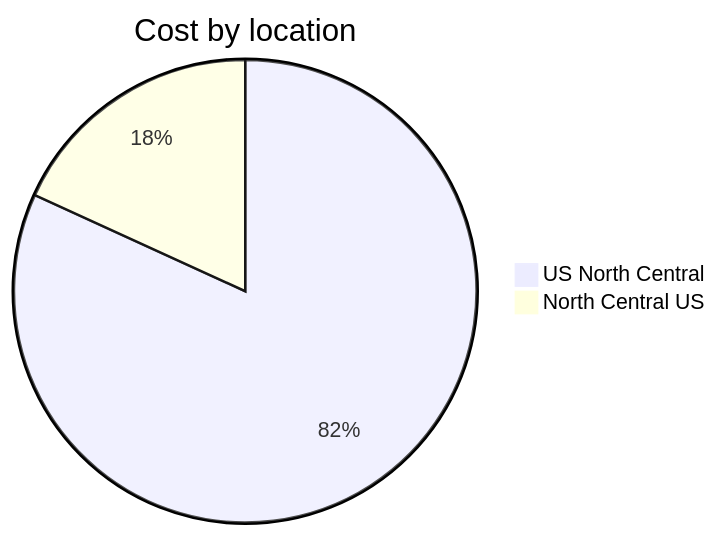
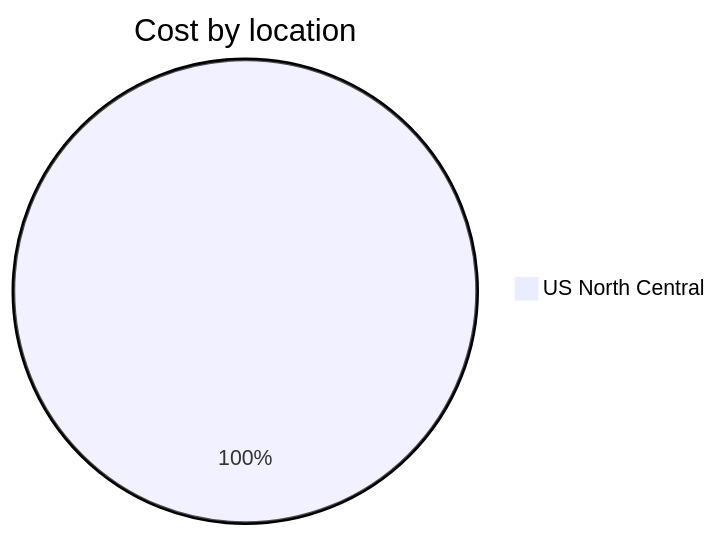
The third of 4 diagrams in cost-reports/personal-network/backup-server_OsDisk.md (jpfulton/azure-personal-reports), drawn with Mermaid before and after one commit. The commit also changed other lines of this file and 8 other files, not shown here.

````diff
--- a/cost-reports/personal-network/backup-server_OsDisk.md
+++ b/cost-reports/personal-network/backup-server_OsDisk.md
@@ -106,6 +105,5 @@
 ```mermaid
 pie
    title Cost by location
-   "US North Central" : 0.09
-   "North Central US" : 0.02
+   "US North Central" : 0.14
 ```
````
